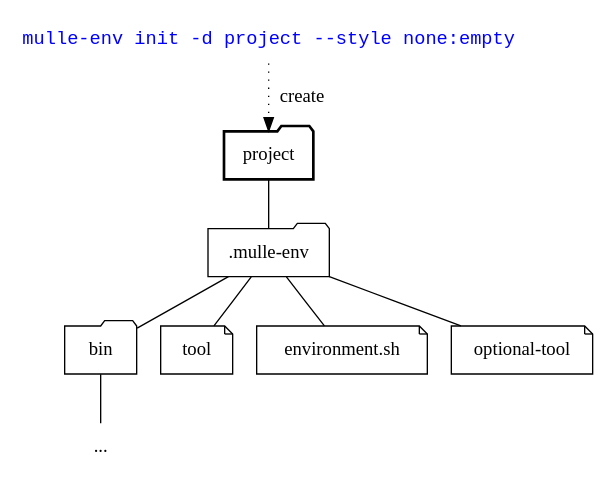
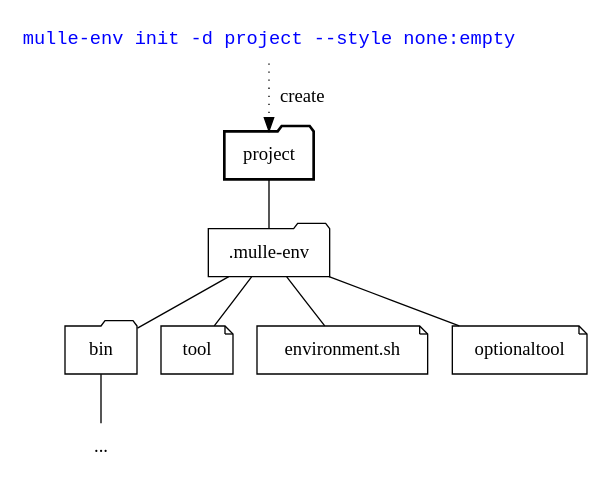
Before and after one commit to mulle-sde/mulle-env: the diagram in dox/mulle-env-overview.dot, drawn with Graphviz. The commit also changed 12 other files, not shown here.

Commit message:
* improved grokability of mulle-env by subdividing plugins

```diff
--- a/dox/mulle-env-overview.dot
+++ b/dox/mulle-env-overview.dot
@@ -1,27 +1,27 @@
 digraph G {
     graph [rankdir = TD];
 
     node[shape=note];
     edge[arrowhead=none];
 
         "mulle-env init" [ label="mulle-env init -d project --style none:empty",
                            fontname="monospace",
                            fontcolor="blue",
                            shape="none" ]
 
         "mulle-env init" -> "project" [ arrowhead="", style="dotted", label=" create"]
          "project"     [ shape="folder", penwidth="2" ]
         ".mulle-env"   [ shape="folder" ]
         "bin"          [ shape="folder" ]
 
         "tool"
         "environment.sh"
 
         "project" ->  ".mulle-env"
         ".mulle-env" -> "environment.sh"
         ".mulle-env" -> "tool"
-        ".mulle-env" -> "optional-tool"
+        ".mulle-env" -> "optionaltool"
         ".mulle-env" -> "bin"
         "bin" ->     "..."
         "..." [ shape="none"]
 }
```
